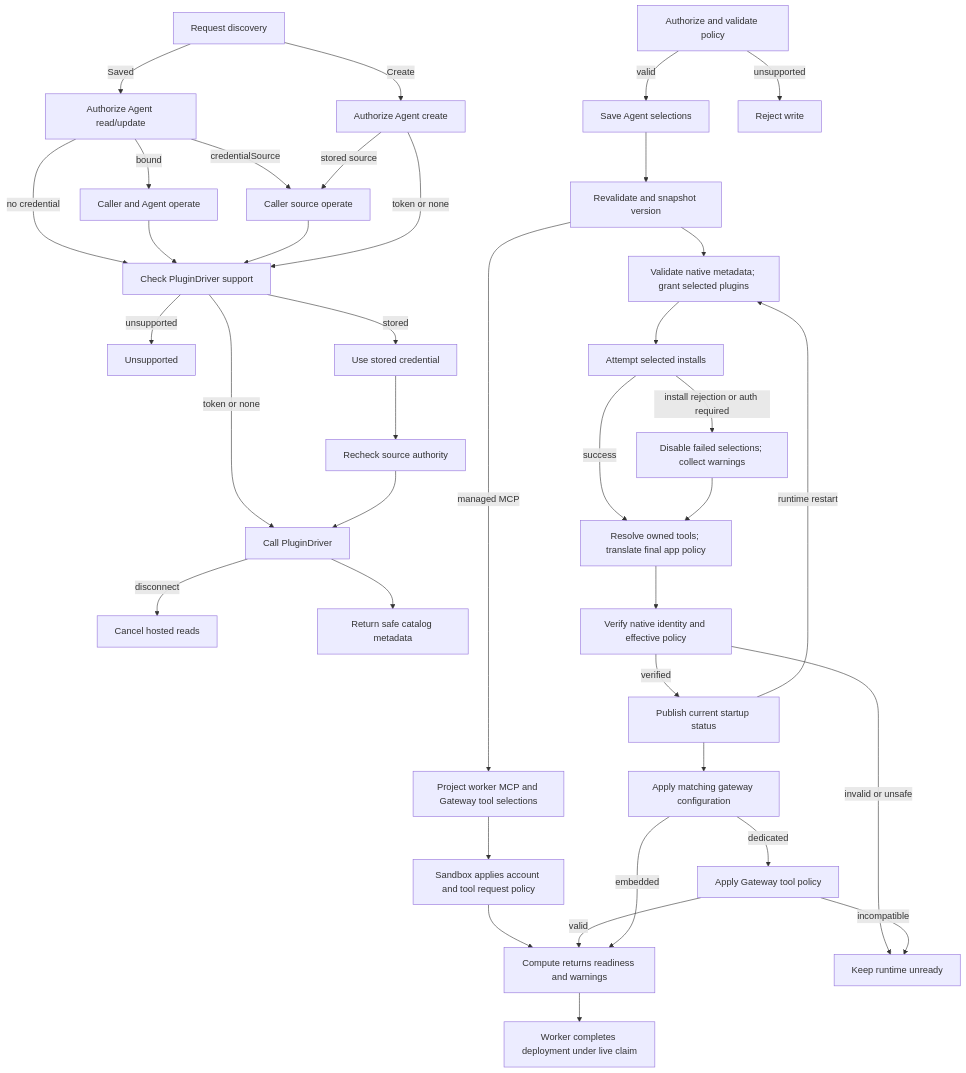
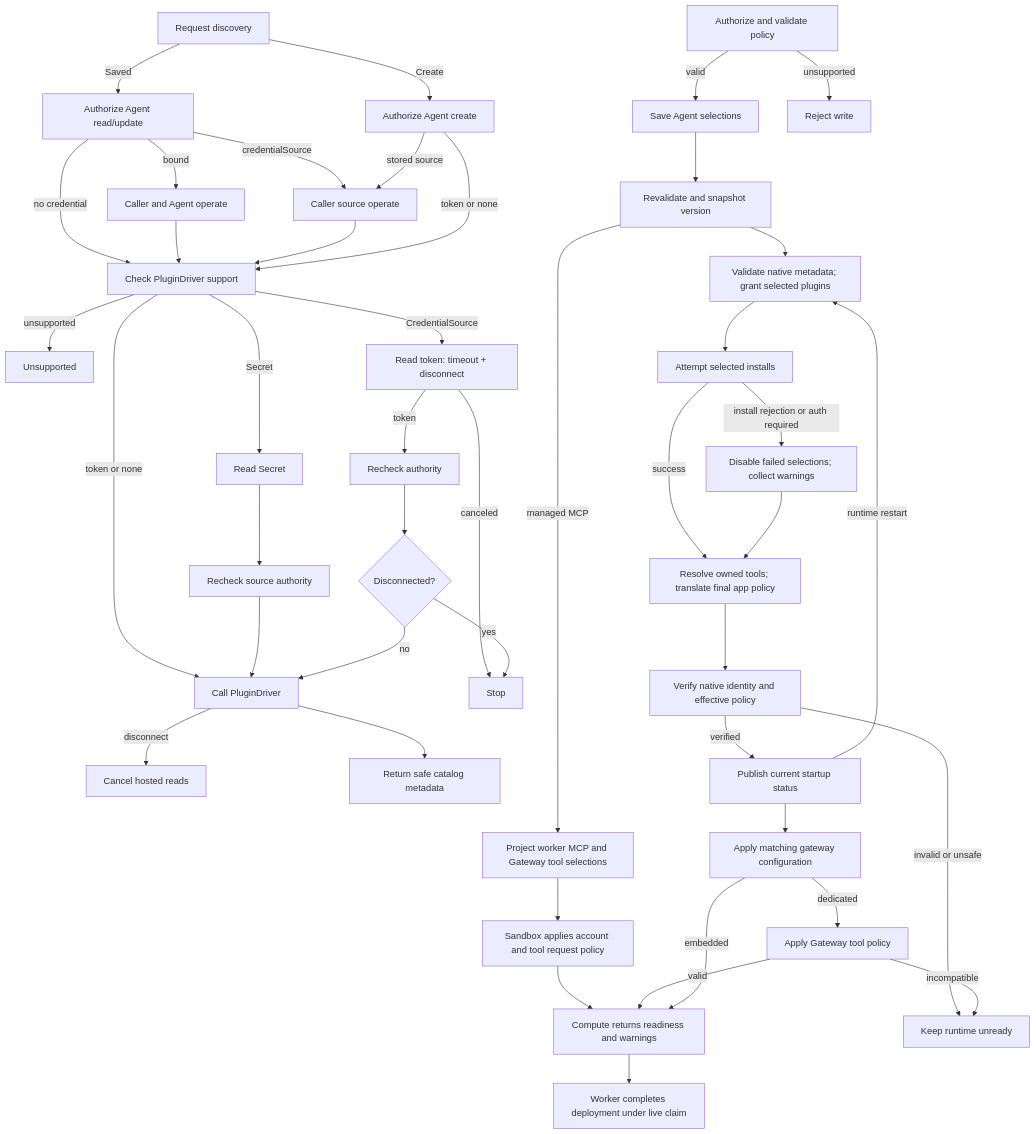
One commit to openclaw/openclaw-enterprise changed the diagram in docs/flows/agent-plugins.md. Above: the diagram before and after it, drawn with Mermaid. The commit also changed other lines of this file, not shown here.

Commit message:
docs: trace disconnects during plugin credential reads

````diff
--- a/docs/flows/agent-plugins.md
+++ b/docs/flows/agent-plugins.md
@@ -30,36 +30,41 @@
 ```mermaid
 graph TD
   D0["Request discovery"] -->|Create| D1["Authorize Agent create"]
   D0 -->|Saved| E0["Authorize Agent read/update"]
   E0 -->|no credential| D6
   E0 -->|bound| E1["Caller and Agent operate"] --> D6
   E0 -->|credentialSource| D2
   D1 -->|stored source| D2["Caller source operate"] --> D6["Check PluginDriver support"]
   D1 -->|token or none| D6
   D6 -->|unsupported| D7["Unsupported"]
   D6 -->|token or none| D4["Call PluginDriver"]
-  D6 -->|stored| D3["Use stored credential"] --> E3["Recheck source authority"] --> D4
+  D6 -->|Secret| D3["Read Secret"] --> E3["Recheck source authority"] --> D4
+  D6 -->|CredentialSource| D9["Read token: timeout + disconnect"]
+  D9 -->|canceled| D12["Stop"]
+  D9 -->|token| D10["Recheck authority"] --> D11{"Disconnected?"}
+  D11 -->|yes| D12
+  D11 -->|no| D4
   D4 -->|disconnect| D8["Cancel hosted reads"]
   D4 --> D5["Return safe catalog metadata"]
   A["Authorize and validate policy"] -->|valid| S["Save Agent selections"]
   A -->|unsupported| Y["Reject write"]
   S --> B["Revalidate and snapshot version"]
   B -->|managed MCP| K["Project worker MCP and Gateway tool selections"]
   K --> L["Sandbox applies account and tool request policy"]
   L --> I
   B --> C["Validate native metadata; grant selected plugins"]
   C --> D["Attempt selected installs"]
   D -->|install rejection or auth required| E["Disable failed selections; collect warnings"]
   D -->|success| T["Resolve owned tools; translate final app policy"]
   E --> T
   T --> F["Verify native identity and effective policy"]
   F -->|invalid or unsafe| X["Keep runtime unready"]
   F -->|verified| G["Publish current startup status"]
   G --> H["Apply matching gateway configuration"]
   H -->|dedicated| P["Apply Gateway tool policy"]
   P -->|incompatible| X
   P -->|valid| I
   H -->|embedded| I["Compute returns readiness and warnings"]
   I --> J["Worker completes deployment under live claim"]
   G -->|runtime restart| C
 ```
````
